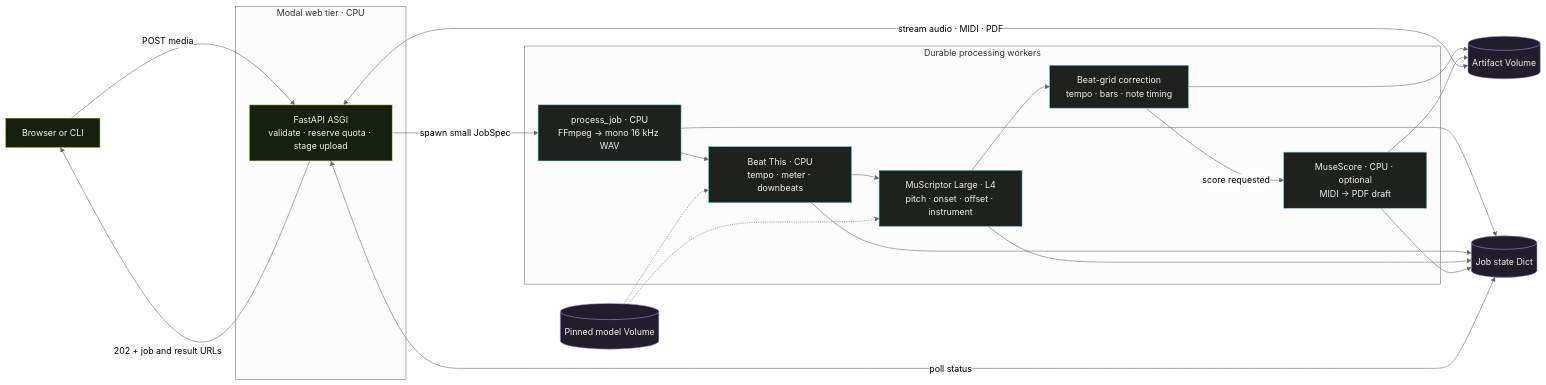
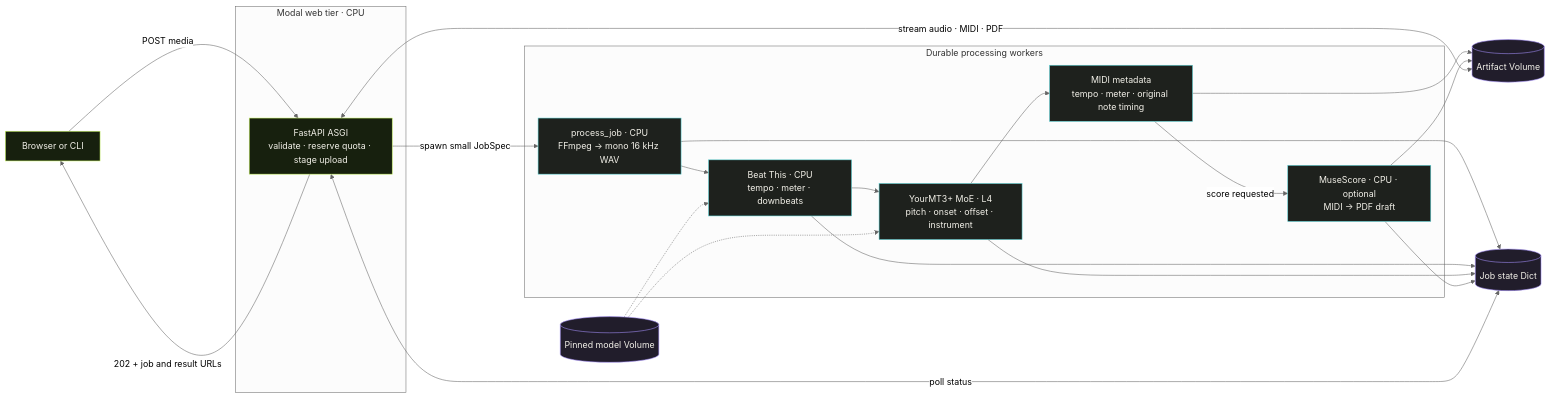
One commit to sushruth2003/modal-music-transcription changed the first of 2 diagrams in README.md. Above: the diagram before and after it, drawn with Mermaid (neutral theme). The commit also changed other lines of this file and 46 other files, not shown here.

Commit message:
Migrate to YourMT3+ MoE and add verified PDF score flow

````diff
--- a/README.md
+++ b/README.md
@@ -76,43 +68,43 @@
 ```mermaid
 flowchart LR
     user["Browser or CLI"]
 
     subgraph web["Modal web tier · CPU"]
         api["FastAPI ASGI<br/>validate · reserve quota · stage upload"]
     end
 
     subgraph workers["Durable processing workers"]
         job["process_job · CPU<br/>FFmpeg → mono 16 kHz WAV"]
         beat["Beat This · CPU<br/>tempo · meter · downbeats"]
-        gpu["MuScriptor Large · L4<br/>pitch · onset · offset · instrument"]
-        timing["Beat-grid correction<br/>tempo · bars · note timing"]
+        gpu["YourMT3+ MoE · L4<br/>pitch · onset · offset · instrument"]
+        timing["MIDI metadata<br/>tempo · meter · original note timing"]
         score["MuseScore · CPU · optional<br/>MIDI → PDF draft"]
     end
 
     jobs[("Job state Dict")]
     artifacts[("Artifact Volume")]
     models[("Pinned model Volume")]
 
     user -->|"POST media"| api
     api -->|"202 + job and result URLs"| user
     api -->|"spawn small JobSpec"| job
     job --> beat --> gpu --> timing
     timing -->|"score requested"| score
     timing --> artifacts
     score --> artifacts
     models -.-> beat
     models -.-> gpu
     job --> jobs
     beat --> jobs
     gpu --> jobs
     score --> jobs
     api <-->|"poll status"| jobs
     api <-->|"stream audio · MIDI · PDF"| artifacts
 
     classDef edge fill:#17200e,stroke:#c8f560,color:#f2f0e8;
     classDef compute fill:#1e211d,stroke:#59d4d8,color:#f2f0e8;
     classDef durable fill:#211d2b,stroke:#a892ff,color:#f2f0e8;
     class user,api edge;
     class job,beat,gpu,timing,score compute;
     class jobs,artifacts,models durable;
 ```
````
